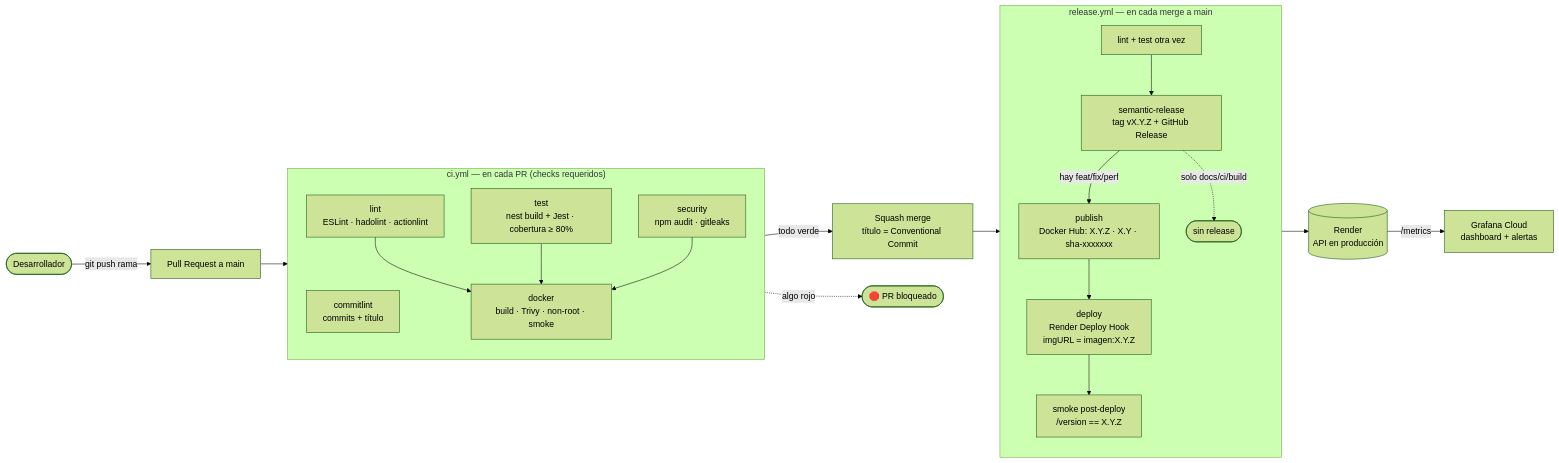
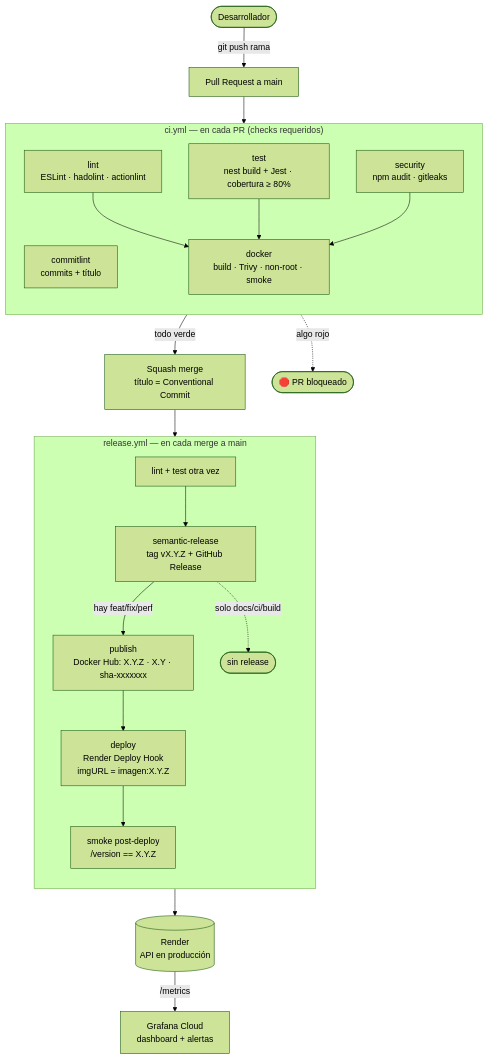
Before and after one commit to Yago-Zaragoza-04/tp-integrador-devops: the diagram in docs/informe-tecnico.md, drawn with Mermaid (forest theme). The commit also changed other lines of this file and 1 other file, not shown here.

First line of the commit message:
docs(informe): add the exported pipeline diagram and fix stale figures (#24)

````diff
--- a/docs/informe-tecnico.md
+++ b/docs/informe-tecnico.md
@@ -34,33 +34,33 @@
 ```mermaid
-flowchart LR
+flowchart TB
     dev([Desarrollador]) -->|git push rama| pr[Pull Request a main]
 
     subgraph CI["ci.yml — en cada PR (checks requeridos)"]
         direction TB
         cl[commitlint<br/>commits + título]
         li[lint<br/>ESLint · hadolint · actionlint]
         te[test<br/>nest build + Jest · cobertura ≥ 80%]
         se[security<br/>npm audit · gitleaks]
         dk[docker<br/>build · Trivy · non-root · smoke]
         li --> dk
         te --> dk
         se --> dk
     end
 
     pr --> CI
     CI -->|todo verde| merge[Squash merge<br/>título = Conventional Commit]
     CI -.->|algo rojo| stop([🛑 PR bloqueado])
 
     subgraph CD["release.yml — en cada merge a main"]
         direction TB
         q[lint + test otra vez] --> sr[semantic-release<br/>tag vX.Y.Z + GitHub Release]
         sr -->|hay feat/fix/perf| pub[publish<br/>Docker Hub: X.Y.Z · X.Y · sha-xxxxxxx]
         sr -.->|solo docs/ci/build| fin([sin release])
         pub --> dep[deploy<br/>Render Deploy Hook<br/>imgURL = imagen:X.Y.Z]
         dep --> smoke[smoke post-deploy<br/>/version == X.Y.Z]
     end
 
     merge --> CD
     smoke --> prod[(Render<br/>API en producción)]
     prod -->|/metrics| graf[Grafana Cloud<br/>dashboard + alertas]
 ```
````
